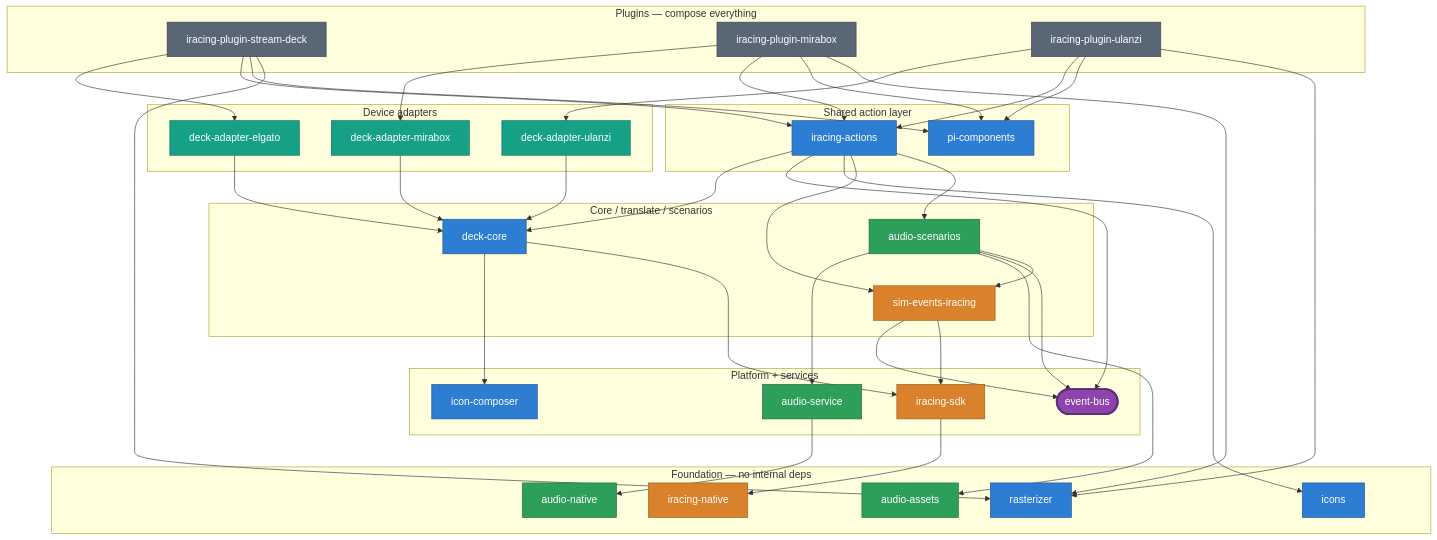
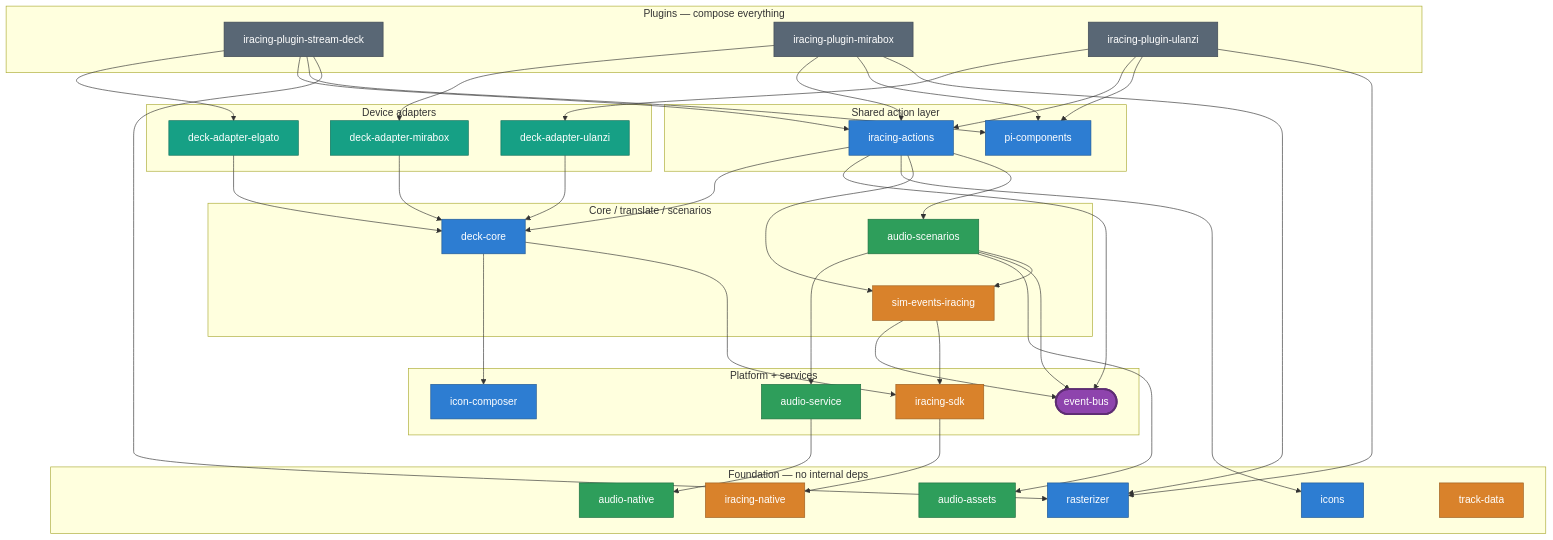
The fifth of 5 diagrams in packages/website/src/content/docs/docs/development/architecture.md (niklam/iracedeck), drawn with Mermaid before and after one commit. The commit also changed 16 other files, not shown here.

First line of the commit message:
feat(track-data): corner marker data layer for corner-name callouts (#888) (#889)

````diff
--- a/packages/website/src/content/docs/docs/development/architecture.md
+++ b/packages/website/src/content/docs/docs/development/architecture.md
@@ -174,77 +174,78 @@
 ```mermaid
 flowchart TB
   subgraph plugins["Plugins — compose everything"]
     psd["iracing-plugin-stream-deck"]:::plugin
     pmb["iracing-plugin-mirabox"]:::plugin
     pul["iracing-plugin-ulanzi"]:::plugin
   end
   subgraph adapters["Device adapters"]
     aelg["deck-adapter-elgato"]:::adp
     amb["deck-adapter-mirabox"]:::adp
     aul["deck-adapter-ulanzi"]:::adp
   end
   subgraph shared["Shared action layer"]
     acts["iracing-actions"]:::core
     pic["pi-components"]:::core
   end
   subgraph brain["Core / translate / scenarios"]
     dc["deck-core"]:::core
     sei["sim-events-iracing"]:::sim
     asc["audio-scenarios"]:::audio
   end
   subgraph platform["Platform + services"]
     sdk["iracing-sdk"]:::sim
     eb(["event-bus"]):::seam
     asv["audio-service"]:::audio
     ic["icon-composer"]:::core
   end
   subgraph foundation["Foundation — no internal deps"]
     icons["icons"]:::core
     rast["rasterizer"]:::core
     pinat["iracing-native"]:::sim
     anat["audio-native"]:::audio
     aasset["audio-assets"]:::audio
+    tdata["track-data"]:::sim
   end
 
   psd --> aelg
   pmb --> amb
   pul --> aul
   psd --> acts
   pmb --> acts
   pul --> acts
   psd --> pic
   pmb --> pic
   pul --> pic
   psd --> rast
   pmb --> rast
   pul --> rast
 
   aelg --> dc
   amb --> dc
   aul --> dc
 
   acts --> dc
   acts --> eb
   acts --> icons
   acts --> sei
   acts --> asc
 
   dc --> ic
   dc --> sdk
   sei --> eb
   sei --> sdk
   asc --> asv
   asc --> aasset
   asc --> eb
   asc --> sei
 
   sdk --> pinat
   asv --> anat
 
   classDef seam fill:#8e44ad,color:#fff,stroke:#5e2d73,stroke-width:3px;
   classDef sim fill:#d9822b,color:#fff,stroke:#9c5e1f;
   classDef core fill:#2d7dd2,color:#fff,stroke:#1f5793;
   classDef audio fill:#2e9e5b,color:#fff,stroke:#1f6e40;
   classDef adp fill:#16a085,color:#fff,stroke:#0e6f5c;
   classDef plugin fill:#596775,color:#fff,stroke:#3c4651;
 ```
````
